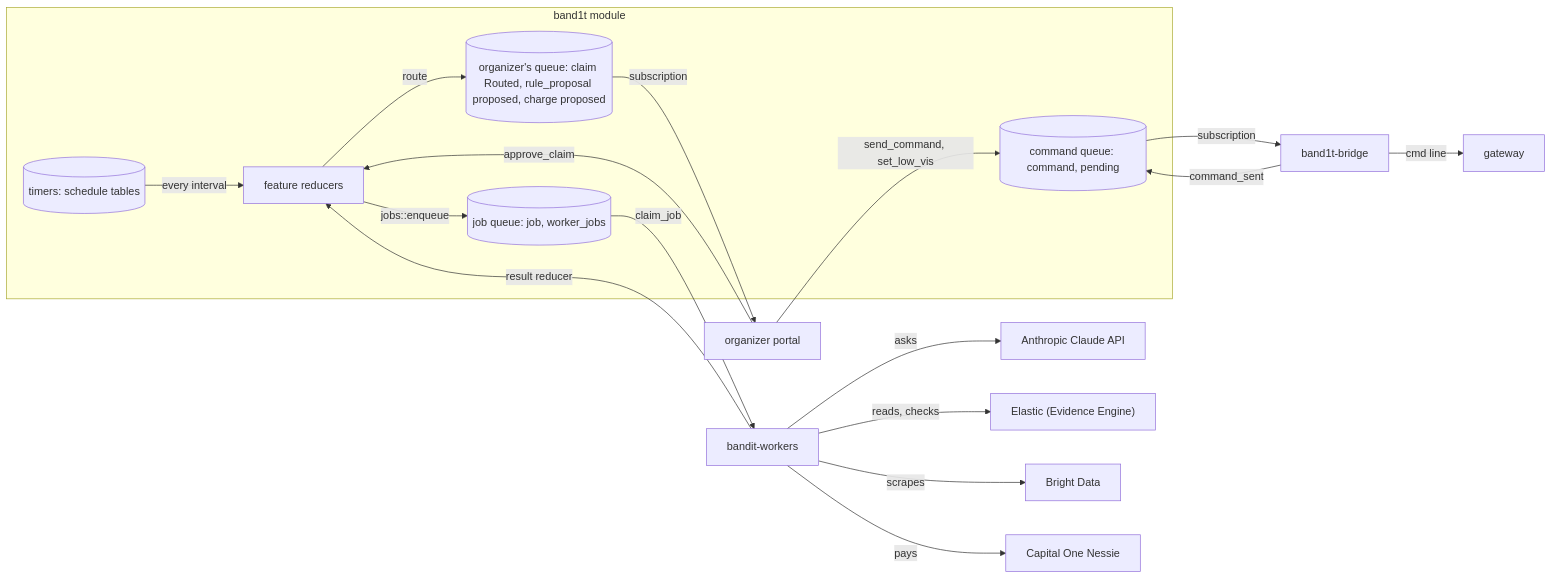
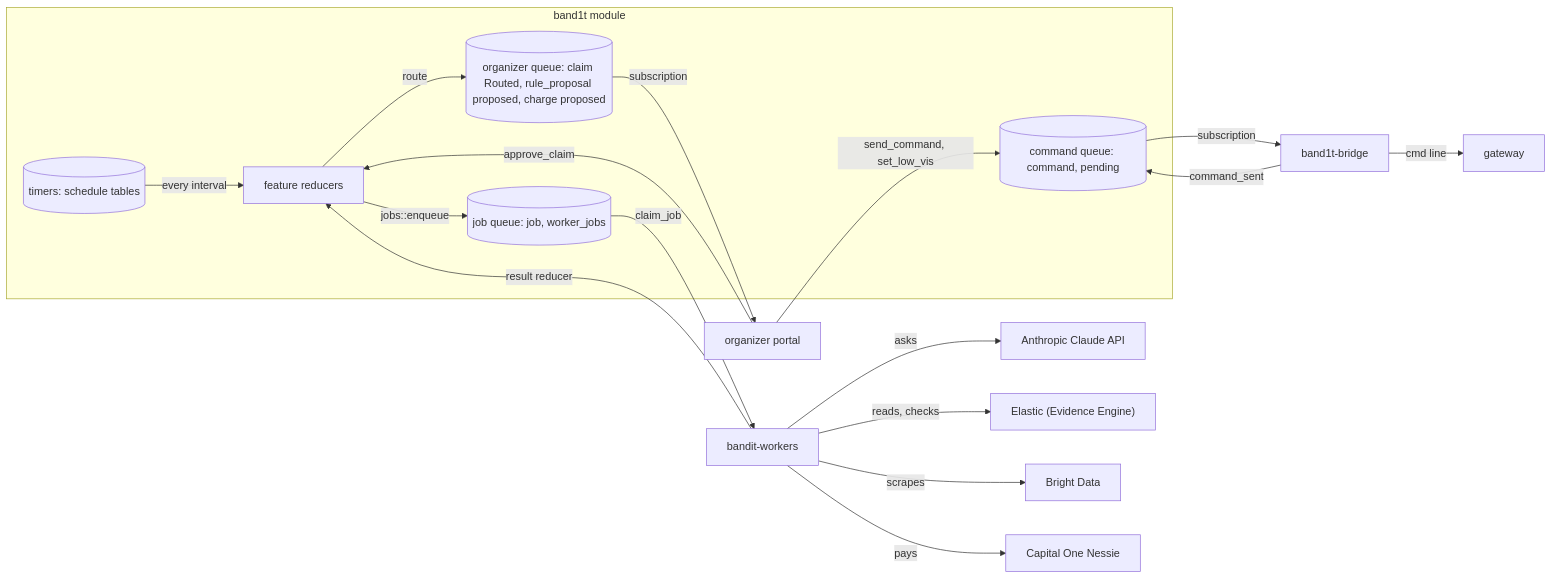
The fourth of 6 diagrams in System Design/1-overview/Architecture.md (viktorinkov/cal-hacks-13), drawn with Mermaid before and after one commit. The commit also changed other lines of this file and 1 other file, not shown here.

Commit message:
system design: rule_proposal runs on the Elastic agent; organizer queue

````diff
--- a/System Design/1-overview/Architecture.md
+++ b/System Design/1-overview/Architecture.md
@@ -317,25 +317,25 @@
 ```mermaid
 flowchart LR
   subgraph Module["band1t module"]
     Features["feature reducers"]
     Job[("job queue: job, worker_jobs")]
     Cmd[("command queue: command, pending")]
-    Org[("organizer's queue: claim Routed, rule_proposal proposed, charge proposed")]
+    Org[("organizer queue: claim Routed, rule_proposal proposed, charge proposed")]
     Timers[("timers: schedule tables")]
   end
   Features -->|"jobs::enqueue"| Job
   Job -->|claim_job| Workers["bandit-workers"]
   Workers -->|asks| Claude["Anthropic Claude API"]
   Workers -->|reads, checks| Elastic["Elastic (Evidence Engine)"]
   Workers -->|scrapes| BrightData["Bright Data"]
   Workers -->|pays| Nessie["Capital One Nessie"]
   Workers -->|result reducer| Features
   Portal["organizer portal"] -->|send_command, set_low_vis| Cmd
   Cmd -->|subscription| Bridge["band1t-bridge"]
   Bridge -->|cmd line| Gateway["gateway"]
   Bridge -->|command_sent| Cmd
   Features -->|route| Org
   Org -->|subscription| Portal
   Portal -->|approve_claim| Features
   Timers -->|every interval| Features
 ```
````
